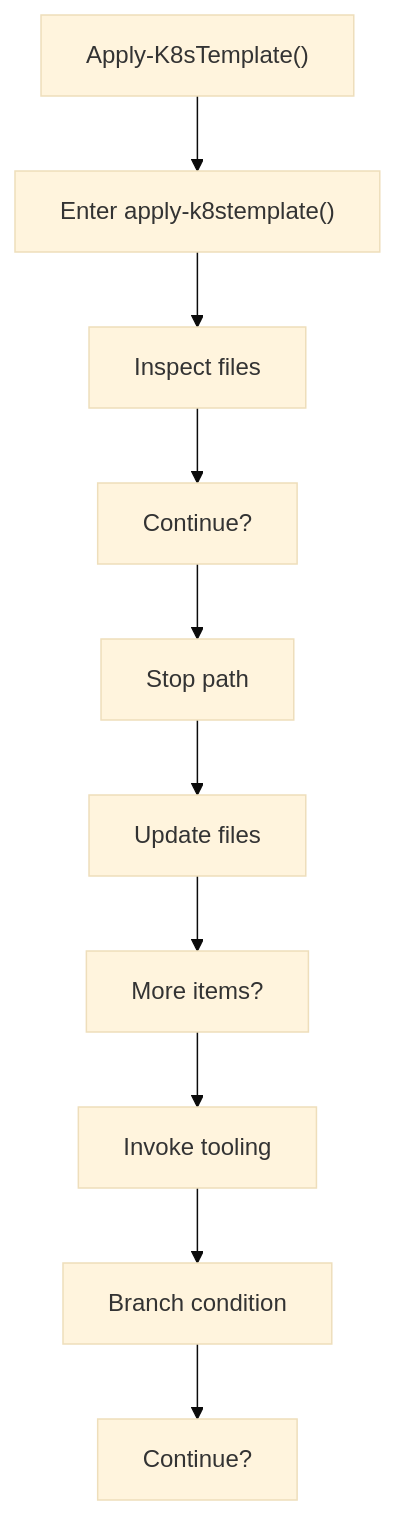
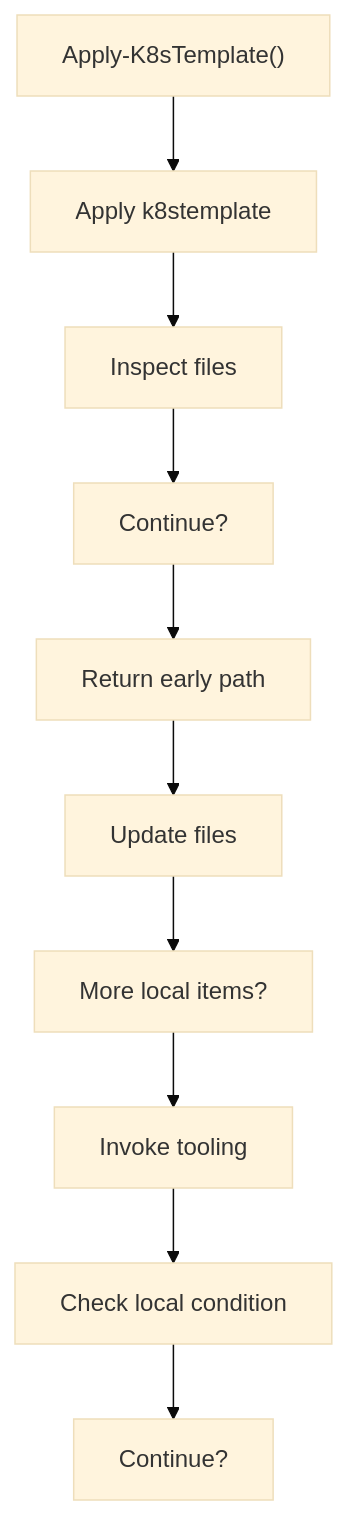
One commit to JohnAndrewBalbarosa/NeoTerritory changed the first of 2 diagrams in docs/Codebase/Infrastructure/session-orchestration/bootstrap_and_deploy/functions/apply_k8stemplate.ps1.md. Above: the diagram before and after it, drawn with Mermaid (base theme). The commit also changed other lines of this file and 915 other files, not shown here.

````diff
--- a/docs/Codebase/Infrastructure/session-orchestration/bootstrap_and_deploy/functions/apply_k8stemplate.ps1.md
+++ b/docs/Codebase/Infrastructure/session-orchestration/bootstrap_and_deploy/functions/apply_k8stemplate.ps1.md
@@ -24,22 +24,22 @@
 ```mermaid
 flowchart TD
     N0["Apply-K8sTemplate()"]
-    N1["Enter apply-k8stemplate()"]
+    N1["Apply k8stemplate"]
     N2["Inspect files"]
     N3["Continue?"]
-    N4["Stop path"]
+    N4["Return early path"]
     N5["Update files"]
-    N6["More items?"]
+    N6["More local items?"]
     N7["Invoke tooling"]
-    N8["Branch condition"]
+    N8["Check local condition"]
     N9["Continue?"]
     N0 --> N1
     N1 --> N2
     N2 --> N3
     N3 --> N4
     N4 --> N5
     N5 --> N6
     N6 --> N7
     N7 --> N8
     N8 --> N9
 ```
````
